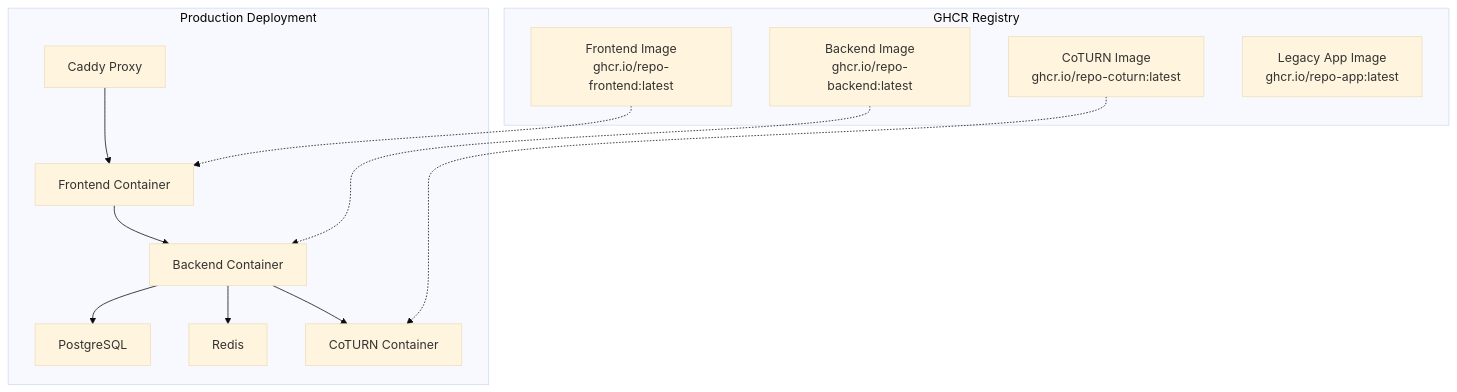
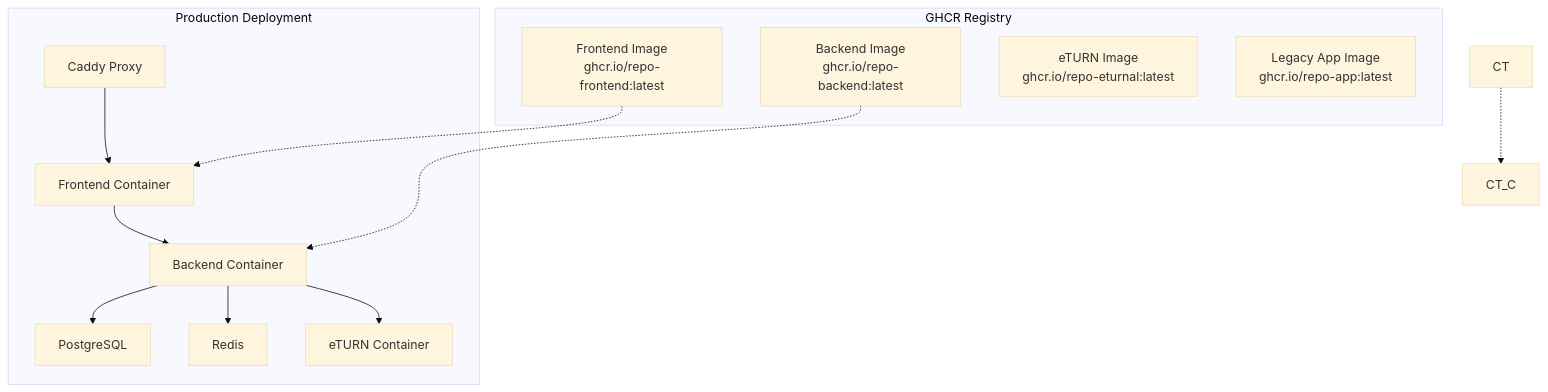
Before and after one commit to Naimur2/videocallsystem: the diagram in docs/MULTI_SERVICE_ARCHITECTURE.md, drawn with Mermaid (base theme). The commit also changed other lines of this file and 20 other files, not shown here.

````diff
--- a/docs/MULTI_SERVICE_ARCHITECTURE.md
+++ b/docs/MULTI_SERVICE_ARCHITECTURE.md
@@ -15,21 +15,21 @@
 ```mermaid
 graph TB
     subgraph "GHCR Registry"
         FE[Frontend Image<br/>ghcr.io/repo-frontend:latest]
         BE[Backend Image<br/>ghcr.io/repo-backend:latest]
-        CT[CoTURN Image<br/>ghcr.io/repo-coturn:latest]
+        ET[eTURN Image<br/>ghcr.io/repo-eturnal:latest]
         LG[Legacy App Image<br/>ghcr.io/repo-app:latest]
     end
     
     subgraph "Production Deployment"
         CD[Caddy Proxy] --> FE_C[Frontend Container]
         FE_C --> BE_C[Backend Container]
         BE_C --> PG[PostgreSQL]
         BE_C --> RD[Redis]
-        BE_C --> CT_C[CoTURN Container]
+        BE_C --> ET_C[eTURN Container]
     end
     
     FE -.-> FE_C
     BE -.-> BE_C
     CT -.-> CT_C
 ```
````
